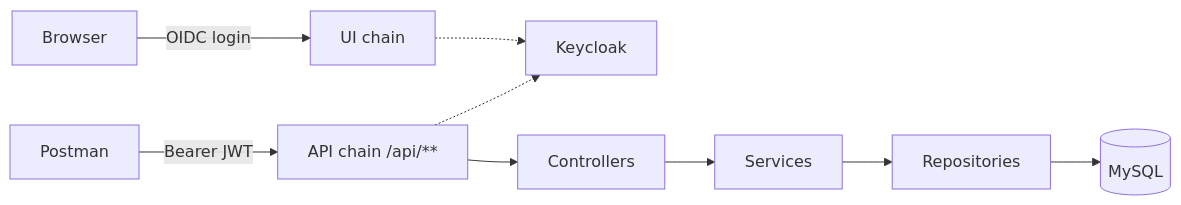
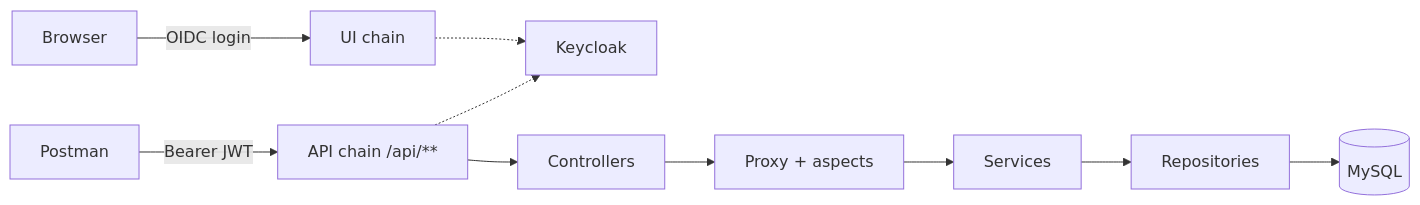
One commit to oldiix/library_system changed the diagram in README.md. Above: the diagram before and after it, drawn with Mermaid. The commit also changed other lines of this file, not shown here.

Commit message:
docs: update README with annotations, aspects and testing overview

````diff
--- a/README.md
+++ b/README.md
@@ -17,8 +27,8 @@
 ```mermaid
 flowchart LR
     Browser["Browser"] -->|"OIDC login"| UI["UI chain"]
     Client["Postman"] -->|"Bearer JWT"| API["API chain /api/**"]
     UI -.-> KC["Keycloak"]
     API -.-> KC
-    API --> C["Controllers"] --> S["Services"] --> R["Repositories"] --> DB[("MySQL")]
+    API --> C["Controllers"] --> P["Proxy + aspects"] --> S["Services"] --> R["Repositories"] --> DB[("MySQL")]
 ```
````
